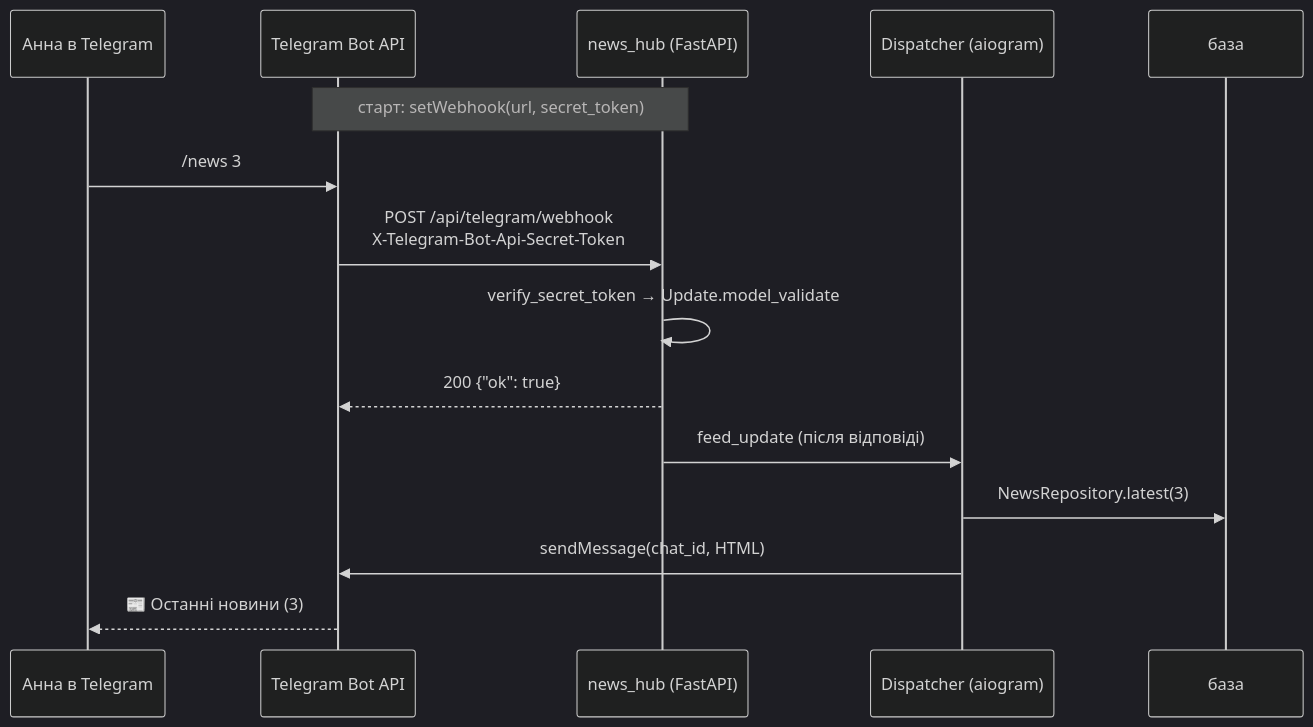
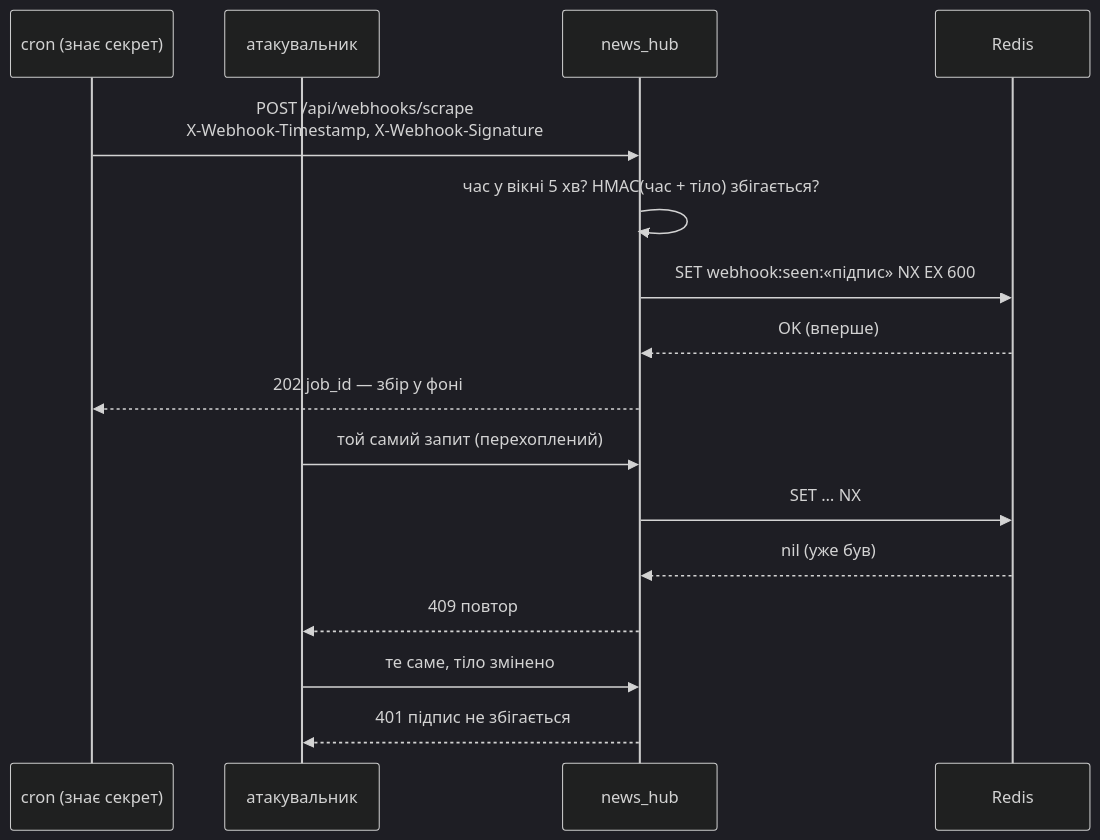
The fourth of 5 diagrams in docs/modules/m4/lesson_47.md (AlinaRadchenko/PY-Course-Victor-Nikoriak-22-09-2026), drawn with Mermaid (dark theme) before and after one commit. The commit also changed other lines of this file and 1846 other files, not shown here.

````diff
--- a/docs/modules/m4/lesson_47.md
+++ b/docs/modules/m4/lesson_47.md
@@ -380,18 +472,19 @@
 ```mermaid
 sequenceDiagram
-    participant U as Анна в Telegram
-    participant T as Telegram Bot API
-    participant A as news_hub (FastAPI)
-    participant D as Dispatcher (aiogram)
-    participant DB as база
+    participant C as cron (знає секрет)
+    participant A as атакувальник
+    participant S as news_hub
+    participant R as Redis
 
-    Note over A,T: старт: setWebhook(url, secret_token)
-    U->>T: /news 3
-    T->>A: POST /api/telegram/webhook<br/>X-Telegram-Bot-Api-Secret-Token
-    A->>A: verify_secret_token → Update.model_validate
-    A-->>T: 200 {"ok": true}
-    A->>D: feed_update (після відповіді)
-    D->>DB: NewsRepository.latest(3)
-    D->>T: sendMessage(chat_id, HTML)
-    T-->>U: 📰 Останні новини (3)
+    C->>S: POST /api/webhooks/scrape<br/>X-Webhook-Timestamp, X-Webhook-Signature
+    S->>S: час у вікні 5 хв? HMAC(час + тіло) збігається?
+    S->>R: SET webhook:seen:«підпис» NX EX 600
+    R-->>S: OK (вперше)
+    S-->>C: 202 job_id — збір у фоні
+    A->>S: той самий запит (перехоплений)
+    S->>R: SET … NX
+    R-->>S: nil (уже був)
+    S-->>A: 409 повтор
+    A->>S: те саме, тіло змінено
+    S-->>A: 401 підпис не збігається
 ```
````
